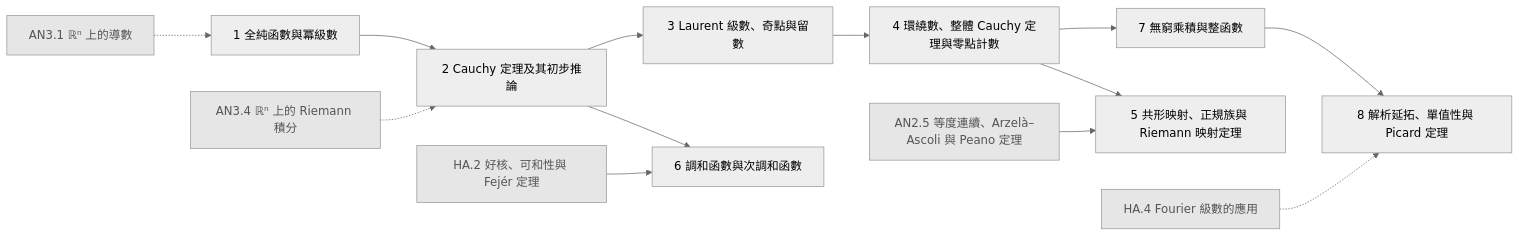
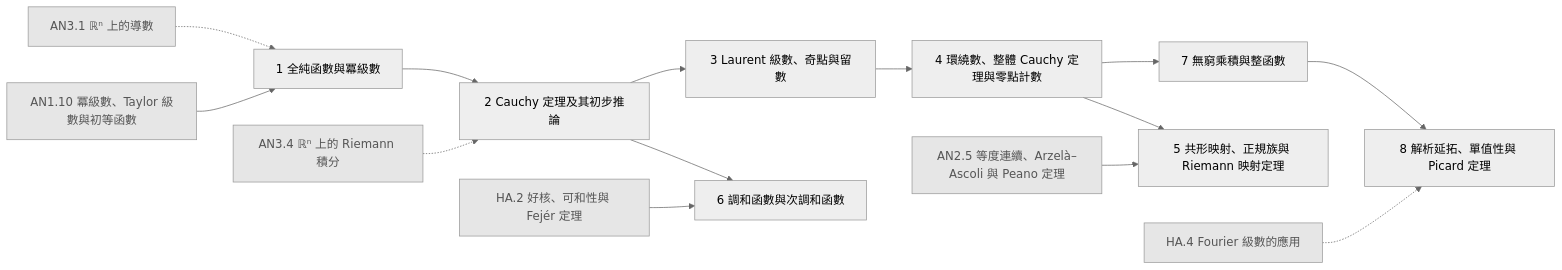
One commit to AkizumiFox/math-atlas changed the diagram in generated/chapters/CA.mmd. Above: the diagram before and after it, drawn with Mermaid (neutral theme). The commit also changed 14 other files, not shown here.

```diff
--- a/generated/chapters/CA.mmd
+++ b/generated/chapters/CA.mmd
@@ -1,29 +1,31 @@
 flowchart LR
+  AN1_10["AN1.10 冪級數、Taylor 級數與初等函數"]:::ext
   AN2_5["AN2.5 等度連續、Arzelà–Ascoli 與 Peano 定理"]:::ext
   AN3_1["AN3.1 ℝⁿ 上的導數"]:::ext
   AN3_4["AN3.4 ℝⁿ 上的 Riemann 積分"]:::ext
   HA_2["HA.2 好核、可和性與 Fejér 定理"]:::ext
   HA_4["HA.4 Fourier 級數的應用"]:::ext
   CA_1["1 全純函數與冪級數"]
   CA_2["2 Cauchy 定理及其初步推論"]
   CA_3["3 Laurent 級數、奇點與留數"]
   CA_4["4 環繞數、整體 Cauchy 定理與零點計數"]
   CA_5["5 共形映射、正規族與 Riemann 映射定理"]
   CA_6["6 調和函數與次調和函數"]
   CA_7["7 無窮乘積與整函數"]
   CA_8["8 解析延拓、單值性與 Picard 定理"]
+  AN1_10 --> CA_1
   AN3_1 -.-> CA_1
   AN3_4 -.-> CA_2
   CA_1 --> CA_2
   CA_2 --> CA_3
   CA_3 --> CA_4
   AN2_5 --> CA_5
   CA_4 --> CA_5
   HA_2 --> CA_6
   CA_2 --> CA_6
   CA_4 --> CA_7
   HA_4 -.-> CA_8
   CA_7 --> CA_8
   classDef ext fill:#e6e6e6,stroke:#999,color:#555
   classDef opt fill:#fff,stroke:#999,stroke-dasharray:4 3,color:#555
   classDef segb fill:#f6f6fb,stroke:#99a,color:#333
```
